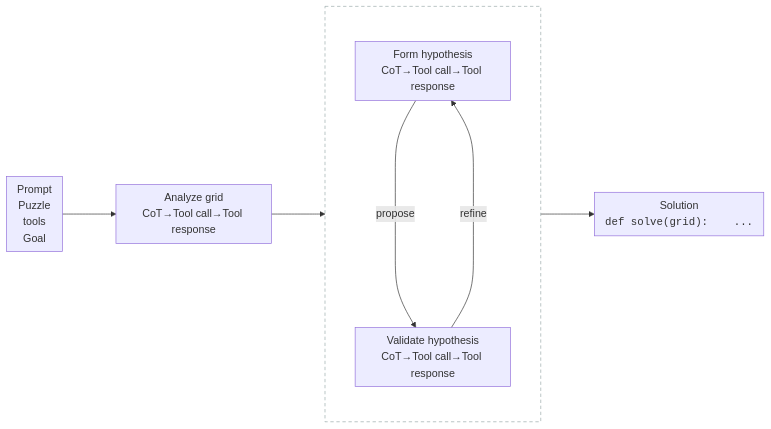
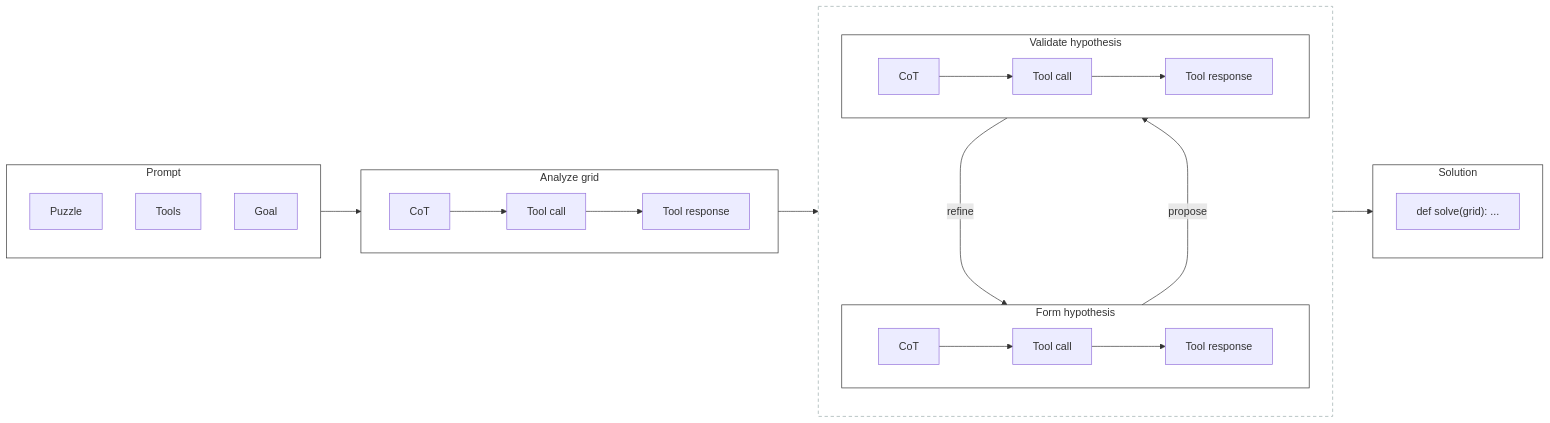
Before and after one commit to pivotools/arc-agi-presentation: the second of 2 diagrams in posts/agentic_coding_arc_agi/presentation.qmd, drawn with Mermaid. The commit also changed other lines of this file and 2 other files, not shown here.

````diff
--- a/posts/agentic_coding_arc_agi/presentation.qmd
+++ b/posts/agentic_coding_arc_agi/presentation.qmd
@@ -426,23 +309,43 @@
 ```{mermaid}
 %%| fig-align: center
-%%{init: {"flowchart": {"curve": "basis", "htmlLabels": true, "nodeSpacing": 70, "rankSpacing": 80, "padding": 0}} }%%
+%%{init: {"flowchart": {"curve": "basis", "htmlLabels": true, "nodeSpacing": 50, "rankSpacing": 60}} }%%
 flowchart LR
-    Prompt["<div class='cardLabel'><div class='boxHeader'>Prompt</div><div class='boxBody'><div>Puzzle</div><div>tools</div><div>Goal</div></div></div>"]
-    Analyze["<div class='cardLabel'><div class='boxHeader'>Analyze grid</div><div class='boxBody horizontal'><span class='subBox'>CoT</span><span class='arrow'>→</span><span class='subBox'>Tool call</span><span class='arrow'>→</span><span class='subBox'>Tool response</span></div></div>"]
-    Solution["<div class='cardLabel'><div class='boxHeader'>Solution</div><div class='boxBody'><code><span class='py-kw'>def</span>&nbsp;<span class='py-fn'>solve</span>(grid):</code><code>&nbsp;&nbsp;&nbsp;&nbsp;...</code></div></div>"]
+    subgraph Prompt["Prompt"]
+        direction TB
+        P_Puzzle["Puzzle"]
+        P_Tools["Tools"]
+        P_Goal["Goal"]
+    end
+
+    subgraph Analyze["Analyze grid"]
+        direction LR
+        A_CoT["CoT"] --> A_TC["Tool call"] --> A_TR["Tool response"]
+    end
 
     subgraph Loop[" "]
         direction TB
-        FormHypo["<div class='cardLabel'><div class='boxHeader'>Form hypothesis</div><div class='boxBody horizontal'><span class='subBox'>CoT</span><span class='arrow'>→</span><span class='subBox'>Tool call</span><span class='arrow'>→</span><span class='subBox'>Tool response</span></div></div>"]
-        Validate["<div class='cardLabel'><div class='boxHeader'>Validate hypothesis</div><div class='boxBody horizontal'><span class='subBox'>CoT</span><span class='arrow'>→</span><span class='subBox'>Tool call</span><span class='arrow'>→</span><span class='subBox'>Tool response</span></div></div>"]
-        FormHypo -->|propose| Validate
-        Validate ---->|refine| FormHypo
+        subgraph FormHypo["Form hypothesis"]
+            direction LR
+            F_CoT["CoT"] --> F_TC["Tool call"] --> F_TR["Tool response"]
+        end
+        subgraph Validate["Validate hypothesis"]
+            direction LR
+            V_CoT["CoT"] --> V_TC["Tool call"] --> V_TR["Tool response"]
+        end
+        FormHypo ---->|propose| Validate
+        Validate -->|refine| FormHypo
+    end
+
+    subgraph Solution["Solution"]
+        S_Code["def solve(grid): ..."]
     end
 
     Prompt --> Analyze
     Analyze --> Loop
     Loop --> Solution
 
+    classDef cardCluster fill:#ffffff,stroke:#333333,stroke-width:1px;
+    class Prompt,Analyze,FormHypo,Validate,Solution cardCluster;
     classDef loopRegion fill:none,stroke:#9aa,stroke-dasharray:5 4;
     class Loop loopRegion;
 ```
````
